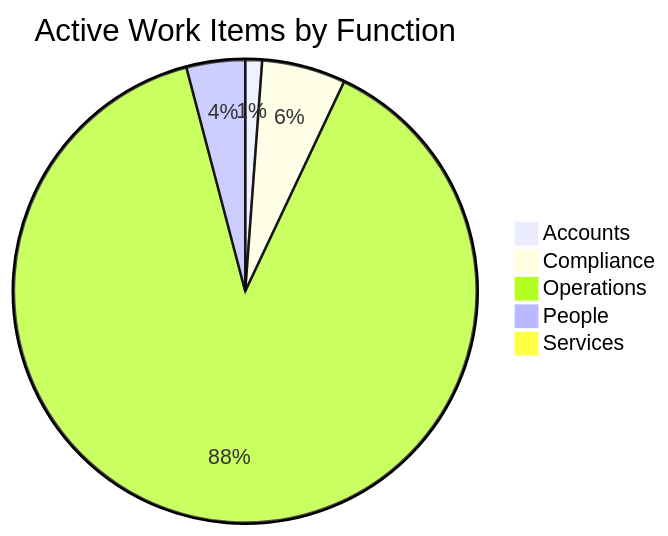
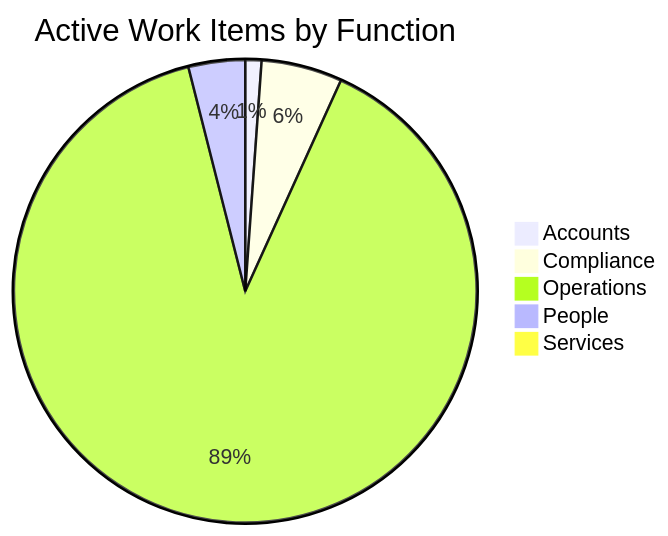
Before and after one commit to mgosal/5et.uk: the first of 3 diagrams in dashboard.md, drawn with Mermaid. The commit also changed other lines of this file and 6 other files, not shown here.

````diff
--- a/dashboard.md
+++ b/dashboard.md
@@ -231,8 +356,8 @@
 ```mermaid
 pie title Active Work Items by Function
     "Accounts" : 2
     "Compliance" : 10
-    "Operations" : 152
+    "Operations" : 158
     "People" : 7
     "Services" : 1
 ```
````
